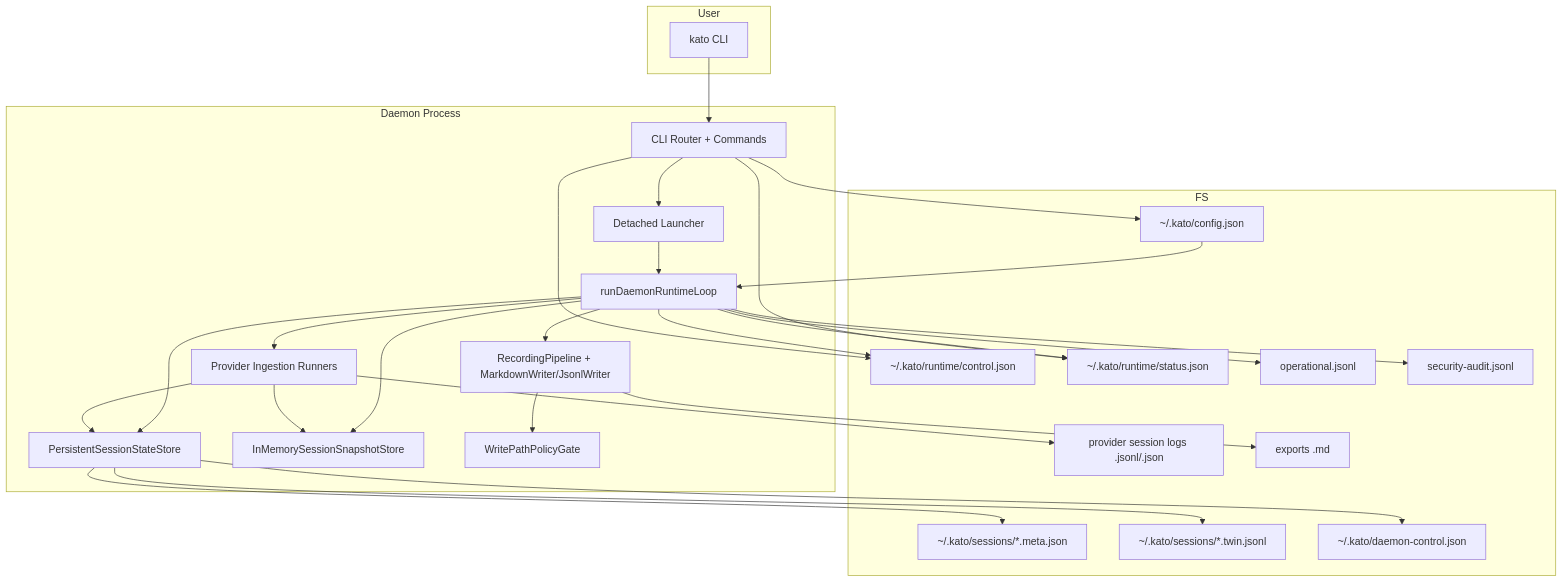
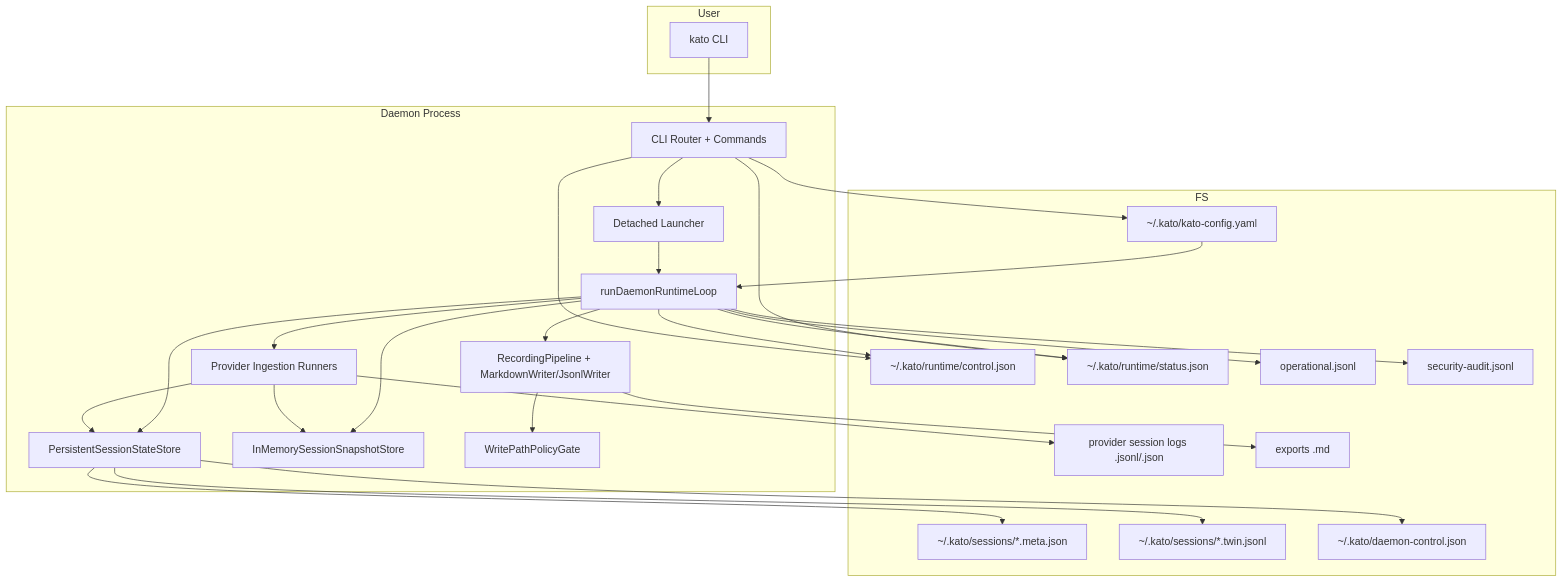
The diagram in dev-docs/notes/dev.codebase-overview.md (spectacular-voyage/kato), drawn with Mermaid before and after one commit. The commit also changed other lines of this file and 17 other files, not shown here.

First line of the commit message:
feat: migrate runtime config from JSON to YAML format

````diff
--- a/dev-docs/notes/dev.codebase-overview.md
+++ b/dev-docs/notes/dev.codebase-overview.md
@@ -62,58 +62,58 @@
 ```mermaid
 graph TD
   subgraph User
     CLI[kato CLI]
   end
 
   subgraph FS
-    CONFIG[~/.kato/config.json]
+    CONFIG[~/.kato/kato-config.yaml]
     CONTROL[~/.kato/runtime/control.json]
     STATUS[~/.kato/runtime/status.json]
     SESSIONMETA[~/.kato/sessions/*.meta.json]
     SESSIONTWIN[~/.kato/sessions/*.twin.jsonl]
     DCTRL[~/.kato/daemon-control.json]
     LOGS[provider session logs .jsonl/.json]
     OUTPUT[exports .md]
     OPLOG[operational.jsonl]
     AUDIT[security-audit.jsonl]
   end
 
   subgraph Daemon Process
     ROUTER[CLI Router + Commands]
     LAUNCHER[Detached Launcher]
     RUNTIME[runDaemonRuntimeLoop]
     INGEST[Provider Ingestion Runners]
     PERSIST[PersistentSessionStateStore]
     SNAPSHOT[InMemorySessionSnapshotStore]
     WRITER[RecordingPipeline + MarkdownWriter/JsonlWriter]
     POLICY[WritePathPolicyGate]
   end
 
   CLI --> ROUTER
   ROUTER --> CONFIG
   ROUTER --> LAUNCHER
   ROUTER --> CONTROL
   ROUTER --> STATUS
 
   LAUNCHER --> RUNTIME
   CONFIG --> RUNTIME
 
   RUNTIME --> INGEST
   INGEST --> LOGS
   INGEST --> PERSIST
   INGEST --> SNAPSHOT
 
   RUNTIME --> SNAPSHOT
   RUNTIME --> PERSIST
   RUNTIME --> CONTROL
   RUNTIME --> STATUS
   RUNTIME --> WRITER
   PERSIST --> SESSIONMETA
   PERSIST --> SESSIONTWIN
   PERSIST --> DCTRL
   WRITER --> POLICY
   WRITER --> OUTPUT
 
   RUNTIME --> OPLOG
   RUNTIME --> AUDIT
 ```
````
